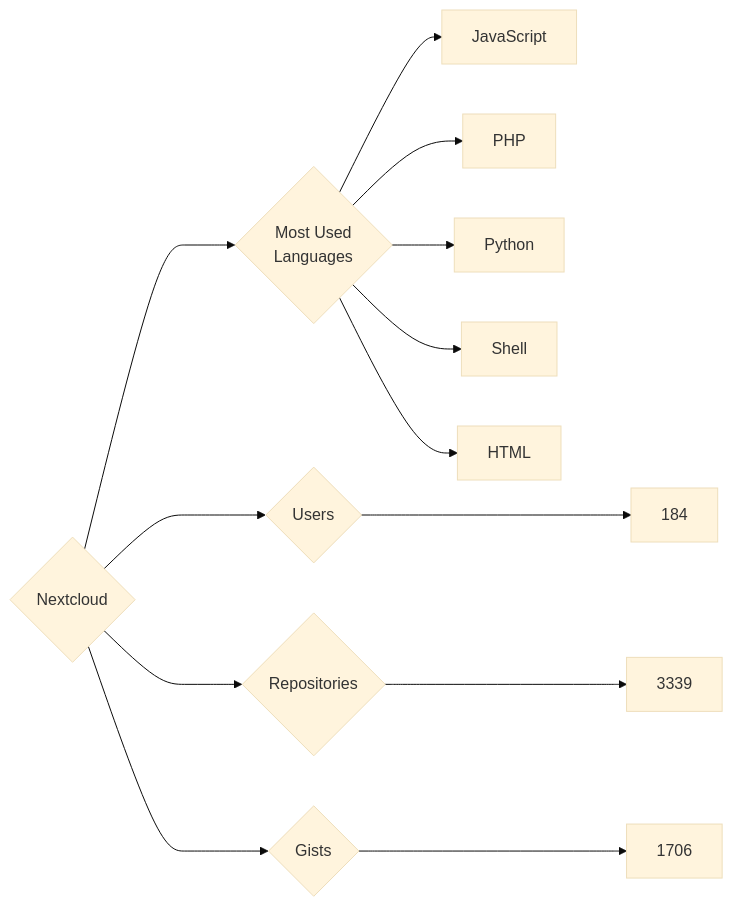
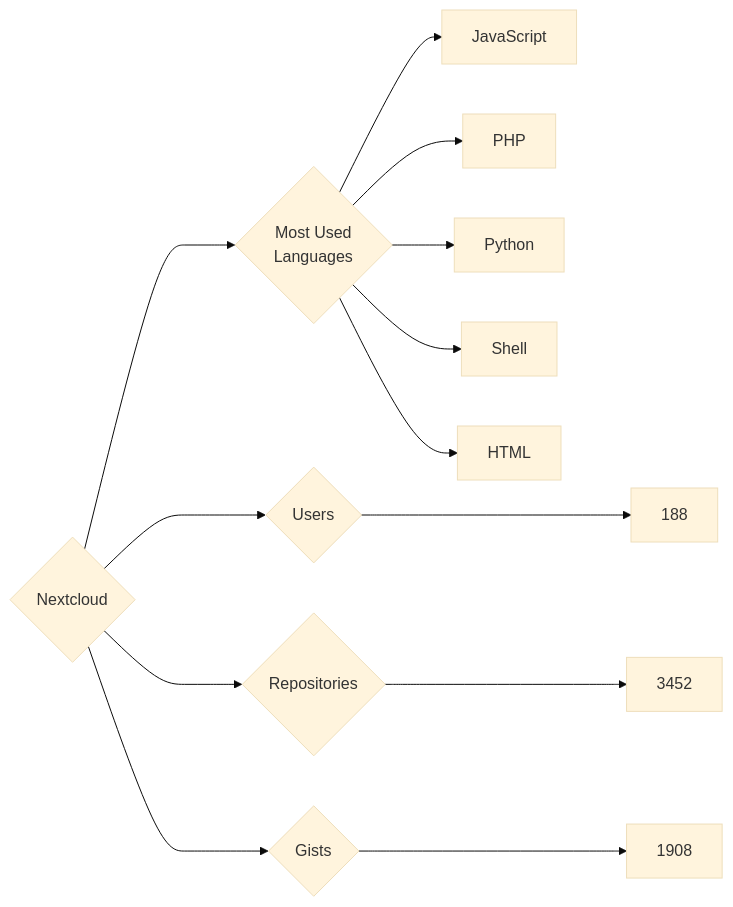
Before and after one commit to trickest/insiders: the diagram in targets/Nextcloud/README.md, drawn with Mermaid (base theme). The commit also changed 976 other files, not shown here.

````diff
--- a/targets/Nextcloud/README.md
+++ b/targets/Nextcloud/README.md
@@ -3,13 +3,13 @@
 ```mermaid
 graph LR
 COMPANY_NAME{Nextcloud}
-COMPANY_NAME ---> U{Users} ---> UN[184]
-COMPANY_NAME ---> R{Repositories} ---> RN[3339]
-COMPANY_NAME ---> G{Gists} ---> GN[1706]
+COMPANY_NAME ---> U{Users} ---> UN[188]
+COMPANY_NAME ---> R{Repositories} ---> RN[3452]
+COMPANY_NAME ---> G{Gists} ---> GN[1908]
 COMPANY_NAME ---> ML{Most Used<br>Languages}
 ML --> JavaScript[JavaScript]
 ML --> PHP[PHP]
 ML --> Python[Python]
 ML --> Shell[Shell]
 ML --> HTML[HTML]
 ```
````
